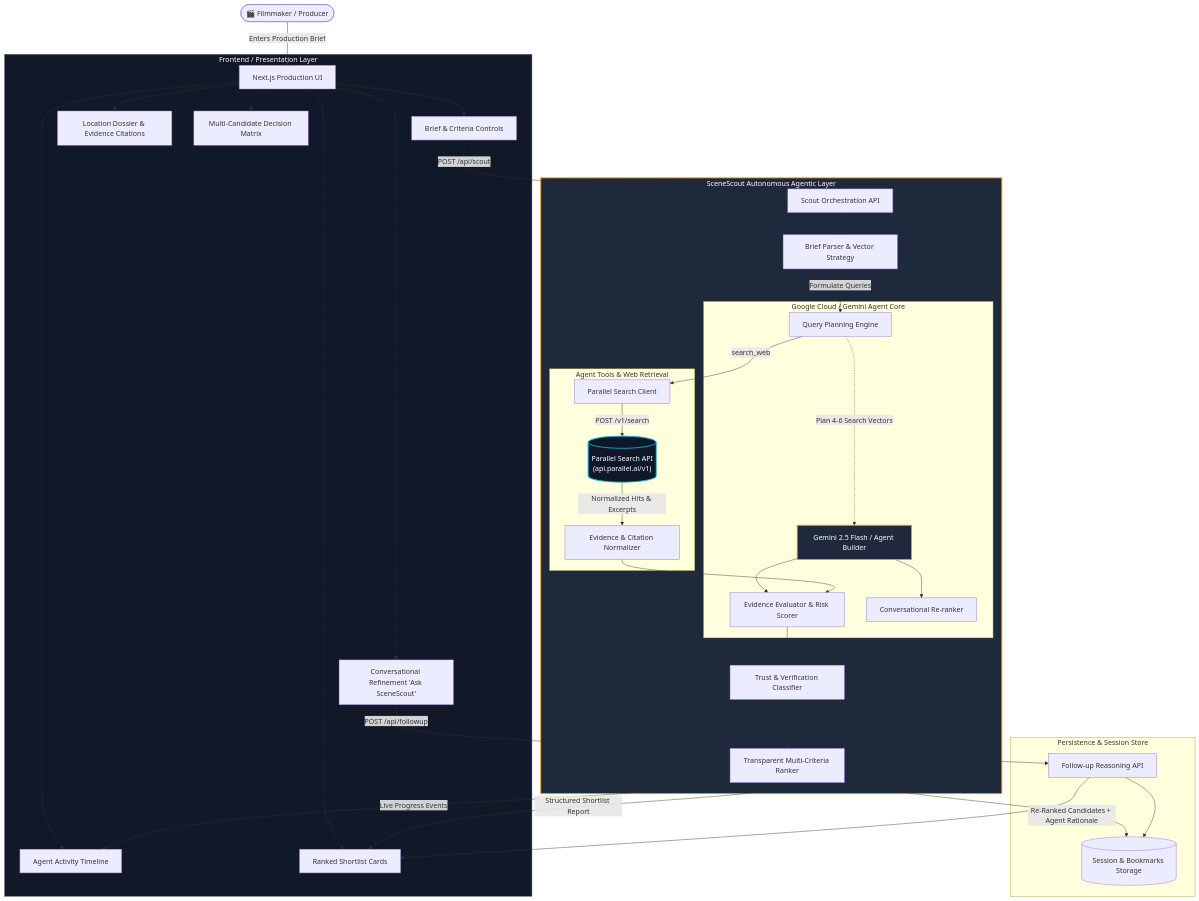
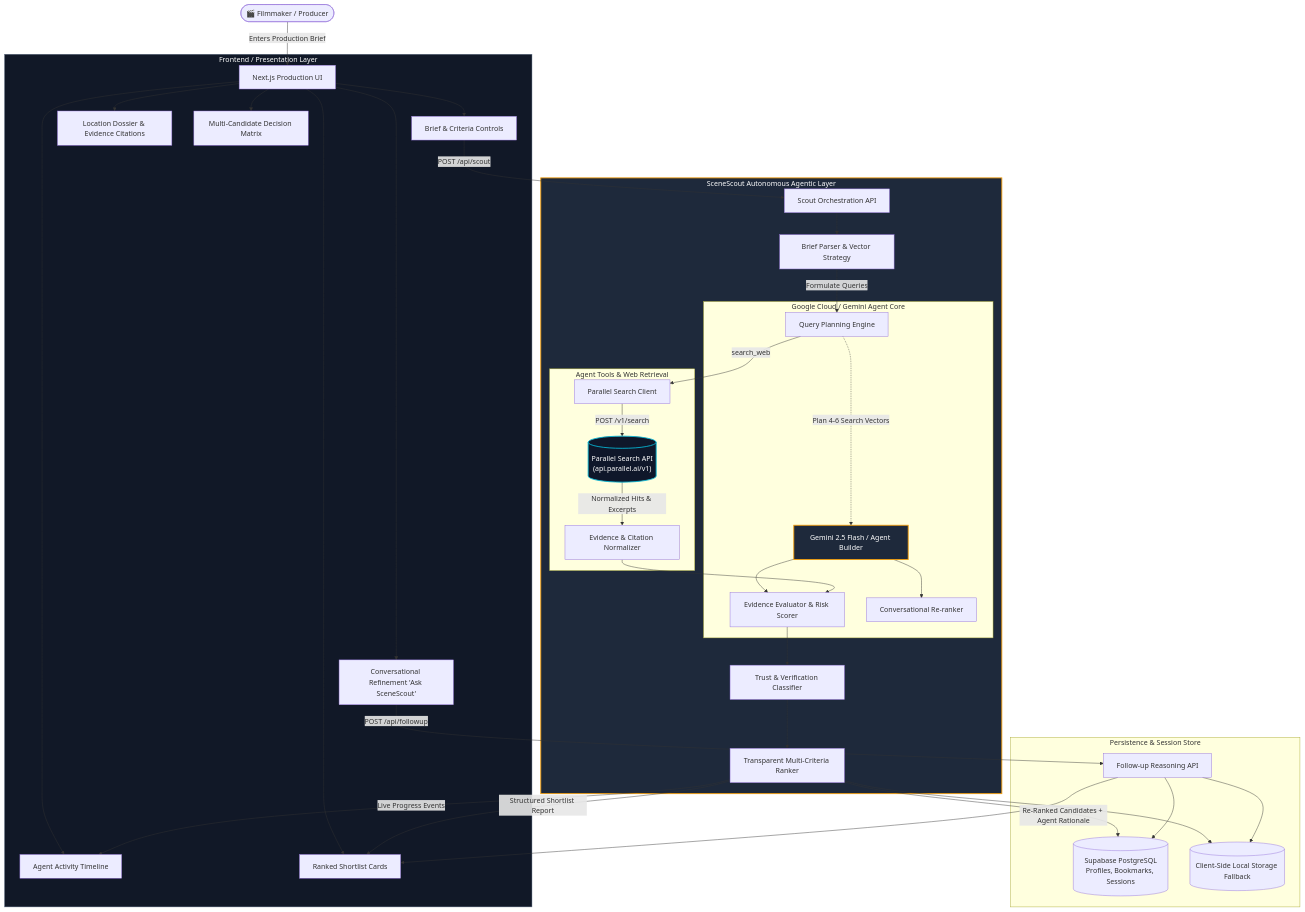
Before and after one commit to rb-369/Scene-Scout: the first of 2 diagrams in architecture.md, drawn with Mermaid. The commit also changed 58 other files, not shown here.

Commit message:
feat: integrate Supabase PostgreSQL, Google OAuth, Email auth, and Filmmaker Persona onboarding

````diff
--- a/architecture.md
+++ b/architecture.md
@@ -11,54 +11,56 @@
 ```mermaid
 flowchart TD
     User([🎬 Filmmaker / Producer]) -->|Enters Production Brief| WebUI[Next.js Production UI]
     
     subgraph UI_Layer ["Frontend / Presentation Layer"]
         WebUI --> BriefControls[Brief & Criteria Controls]
         WebUI --> TimelineView[Agent Activity Timeline]
         WebUI --> ShortlistView[Ranked Shortlist Cards]
         WebUI --> DetailModal[Location Dossier & Evidence Citations]
         WebUI --> CompareMatrix[Multi-Candidate Decision Matrix]
         WebUI --> AskScoutPanel[Conversational Refinement 'Ask SceneScout']
     end
 
     BriefControls -->|POST /api/scout| API_Scout[Scout Orchestration API]
     AskScoutPanel -->|POST /api/followup| API_FollowUp[Follow-up Reasoning API]
 
     subgraph Agent_Core ["SceneScout Autonomous Agentic Layer"]
         API_Scout --> BriefParser[Brief Parser & Vector Strategy]
         BriefParser -->|Formulate Queries| QueryPlanner[Query Planning Engine]
         
         subgraph Gemini_Layer ["Google Cloud / Gemini Agent Core"]
             QueryPlanner -.->|Plan 4-6 Search Vectors| GeminiModel["Gemini 2.5 Flash / Agent Builder"]
             GeminiModel --> EvidenceSynthesis[Evidence Evaluator & Risk Scorer]
             GeminiModel --> FollowUpEngine[Conversational Re-ranker]
         end
 
         subgraph Tool_Layer ["Agent Tools & Web Retrieval"]
             QueryPlanner -->|search_web| ParallelTool[Parallel Search Client]
             ParallelTool -->|POST /v1/search| ParallelAPI[("Parallel Search API\n(api.parallel.ai/v1)")]
             ParallelAPI -->|Normalized Hits & Excerpts| Normalizer[Evidence & Citation Normalizer]
         end
 
         Normalizer --> EvidenceSynthesis
         EvidenceSynthesis --> TrustEngine[Trust & Verification Classifier]
         TrustEngine --> MultiCriteriaRanker[Transparent Multi-Criteria Ranker]
     end
 
     subgraph Storage_Layer ["Persistence & Session Store"]
-        MultiCriteriaRanker --> LocalSessionStore[(Session & Bookmarks Storage)]
+        MultiCriteriaRanker --> CloudStore[(Supabase PostgreSQL\nProfiles, Bookmarks, Sessions)]
+        MultiCriteriaRanker --> LocalSessionStore[(Client-Side Local Storage Fallback)]
+        API_FollowUp --> CloudStore
         API_FollowUp --> LocalSessionStore
     end
 
     MultiCriteriaRanker -->|Structured Shortlist Report| ShortlistView
     MultiCriteriaRanker -->|Live Progress Events| TimelineView
     API_FollowUp -->|Re-Ranked Candidates + Agent Rationale| ShortlistView
 
     classDef agent fill:#1e293b,stroke:#f59e0b,stroke-width:2px,color:#fff;
     classDef external fill:#0f172a,stroke:#06b6d4,stroke-width:2px,color:#fff;
     classDef ui fill:#111827,stroke:#64748b,stroke-width:1px,color:#fff;
 
     class Agent_Core,GeminiModel agent;
     class ParallelAPI external;
     class UI_Layer ui;
 ```
````
